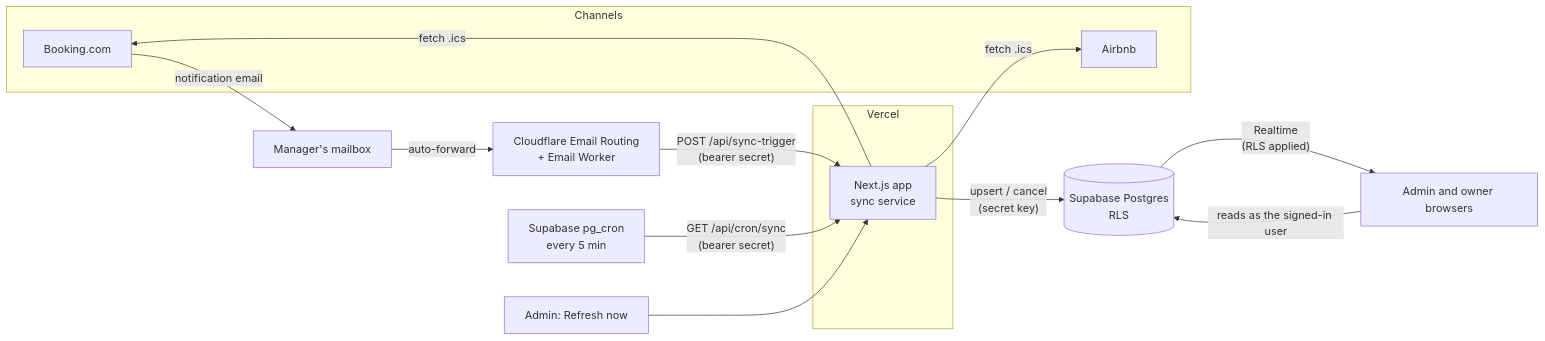
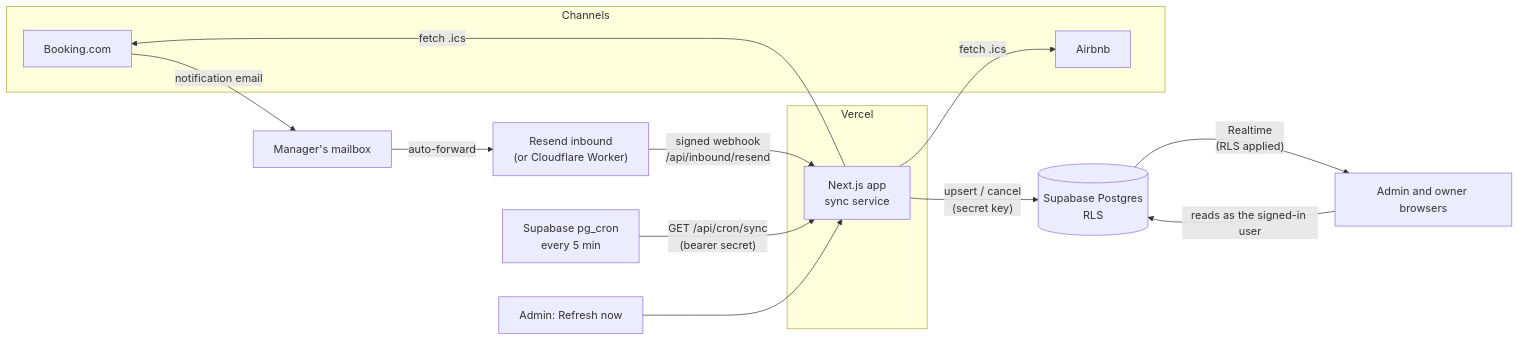
Before and after one commit to Weedfi/booking_calendar: the diagram in README.md, drawn with Mermaid. The commit also changed other lines of this file and 10 other files, not shown here.

First line of the commit message:
Receive Booking.com emails through Resend inbound

````diff
--- a/README.md
+++ b/README.md
@@ -37,24 +37,24 @@
 ```mermaid
 flowchart LR
   subgraph Channels
     BK[Booking.com]
     AB[Airbnb]
   end
 
   BK -- "notification email" --> MB[Manager's mailbox]
-  MB -- "auto-forward" --> CF["Cloudflare Email Routing<br/>+ Email Worker"]
-  CF -- "POST /api/sync-trigger<br/>(bearer secret)" --> APP
+  MB -- "auto-forward" --> RS["Resend inbound<br/>(or Cloudflare Worker)"]
+  RS -- "signed webhook<br/>/api/inbound/resend" --> APP
 
   CRON["Supabase pg_cron<br/>every 5 min"] -- "GET /api/cron/sync<br/>(bearer secret)" --> APP
   ADM[Admin: Refresh now] --> APP
 
   subgraph Vercel
     APP["Next.js app<br/>sync service"]
   end
 
   APP -- "fetch .ics" --> BK
   APP -- "fetch .ics" --> AB
   APP -- "upsert / cancel<br/>(secret key)" --> DB[(Supabase Postgres<br/>RLS)]
   DB -- "Realtime<br/>(RLS applied)" --> UI[Admin and owner browsers]
   UI -- "reads as the signed-in user" --> DB
 ```
````
